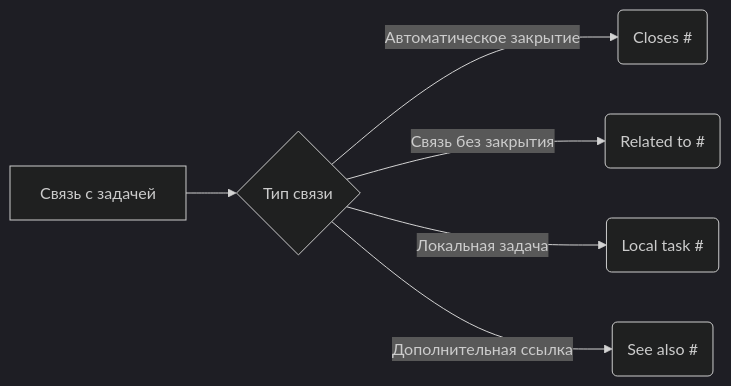
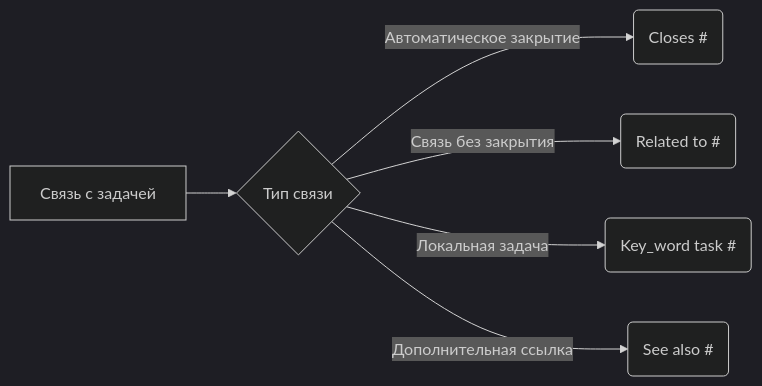
Before and after one commit to VladimirMonin/exception-blog.ru: the first of 3 diagrams in doc/commit_rules.md, drawn with Mermaid (dark theme). The commit also changed other lines of this file and 1 other file, not shown here.

````diff
--- a/doc/commit_rules.md
+++ b/doc/commit_rules.md
@@ -31,8 +31,8 @@
 ```mermaid
 graph LR
     A[Связь с задачей] --> B{Тип связи}
     B -->|Автоматическое закрытие| C(Closes #)
     B -->|Связь без закрытия| D(Related to #)
-    B -->|Локальная задача| E(Local task #)
+    B -->|Локальная задача| E(Key_word task #)
     B -->|Дополнительная ссылка| F(See also #)
 ```
````
